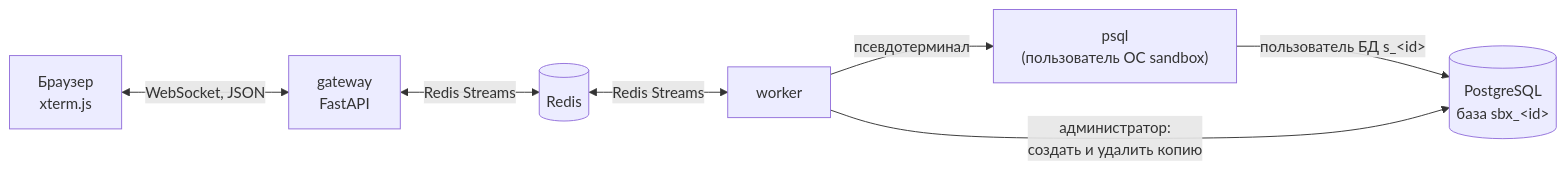
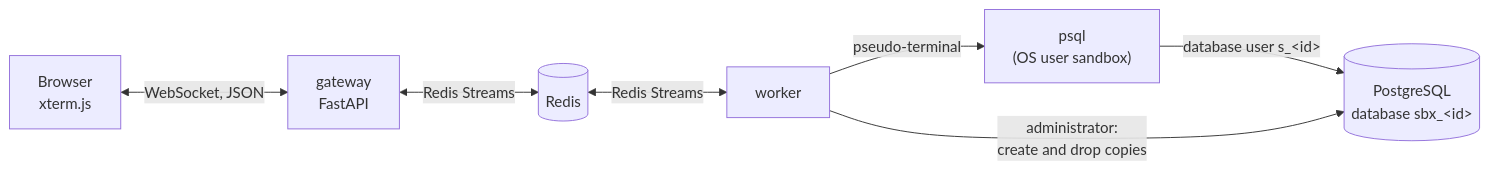
The first of 2 diagrams in docs/architecture.md (ZhdankovAlex/web-psql), drawn with Mermaid before and after one commit. The commit also changed other lines of this file and 37 other files, not shown here.

````diff
--- a/docs/architecture.md
+++ b/docs/architecture.md
@@ -3,9 +3,9 @@
 ```mermaid
 flowchart LR
-    B["Браузер<br/>xterm.js"] <-- "WebSocket, JSON" --> G["gateway<br/>FastAPI"]
+    B["Browser<br/>xterm.js"] <-- "WebSocket, JSON" --> G["gateway<br/>FastAPI"]
     G <-- "Redis Streams" --> R[("Redis")]
     R <-- "Redis Streams" --> W["worker"]
-    W -- "псевдотерминал" --> P["psql<br/>(пользователь ОС sandbox)"]
-    P -- "пользователь БД s_&lt;id&gt;" --> DB[("PostgreSQL<br/>база sbx_&lt;id&gt;")]
-    W -- "администратор:<br/>создать и удалить копию" --> DB
+    W -- "pseudo-terminal" --> P["psql<br/>(OS user sandbox)"]
+    P -- "database user s_&lt;id&gt;" --> DB[("PostgreSQL<br/>database sbx_&lt;id&gt;")]
+    W -- "administrator:<br/>create and drop copies" --> DB
 ```
````
